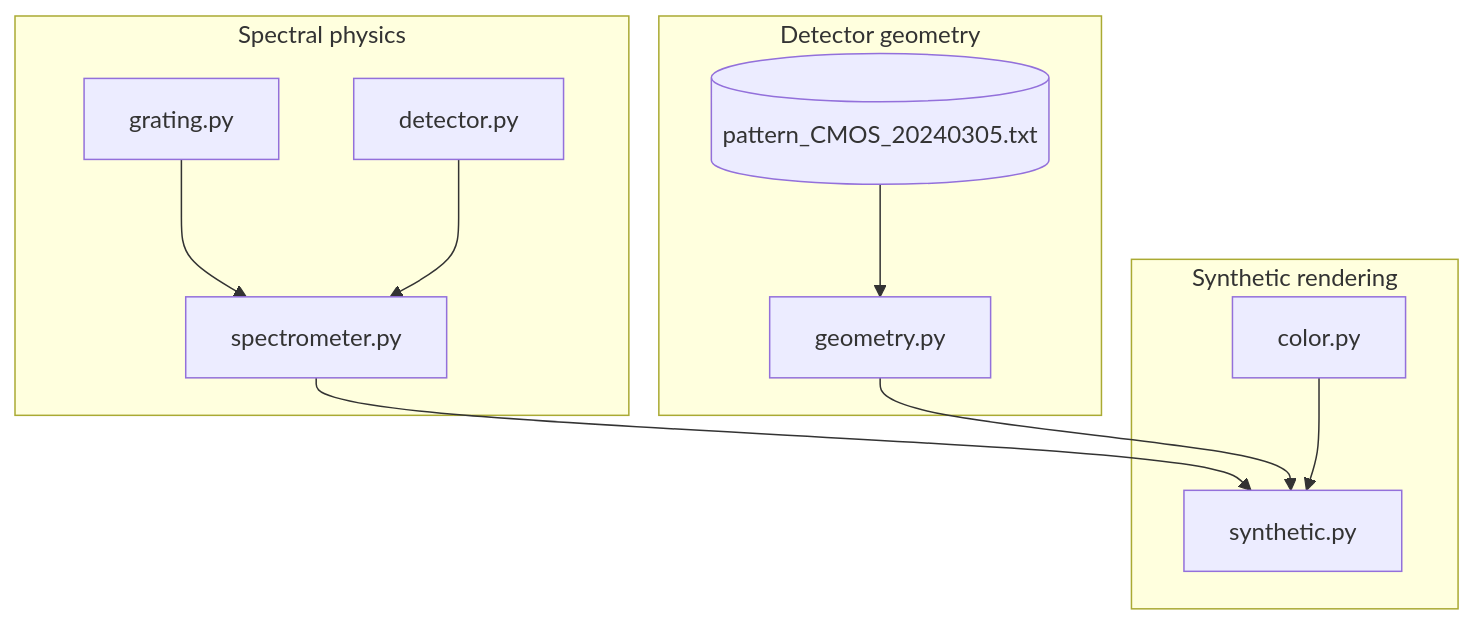
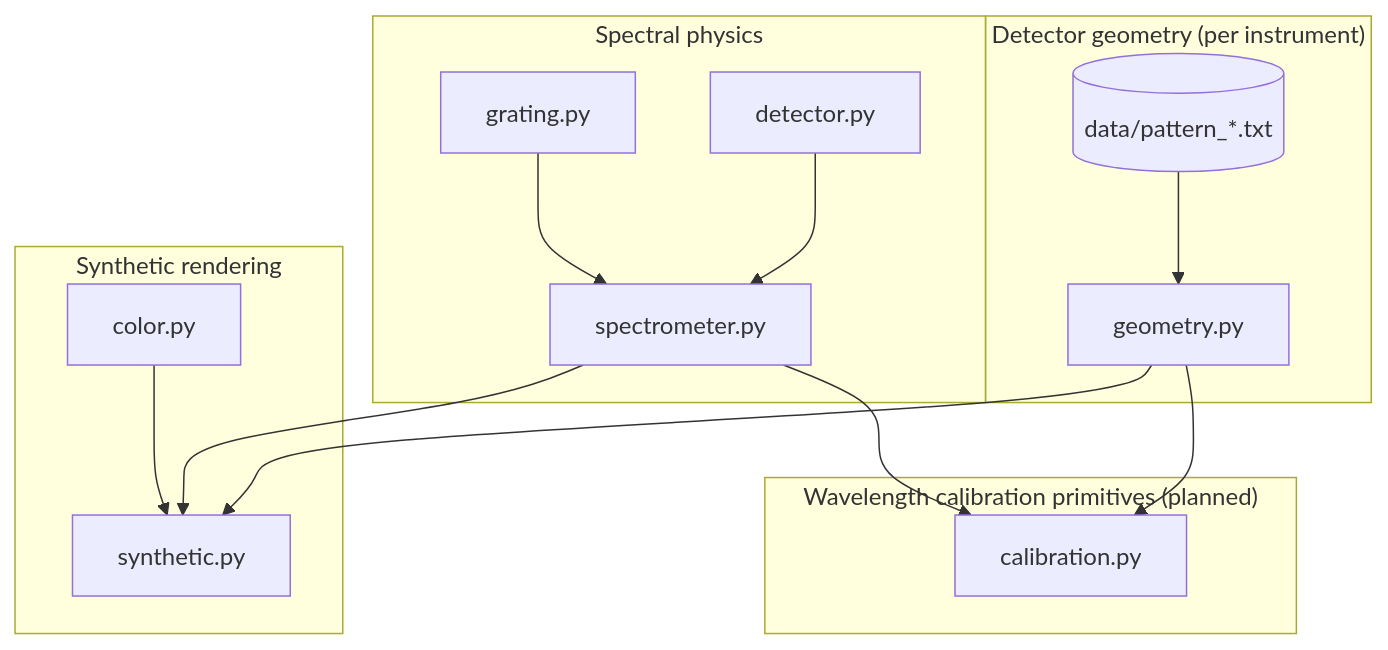
The diagram in docs/guide/architecture.md (queezz/echelle-optics), drawn with Mermaid before and after one commit. The commit also changed other lines of this file and 5 other files, not shown here.

````diff
--- a/docs/guide/architecture.md
+++ b/docs/guide/architecture.md
@@ -27,23 +27,28 @@
 ```mermaid
 flowchart TB
     subgraph physics["Spectral physics"]
         G[grating.py]
         D[detector.py]
         S[spectrometer.py]
     end
-    subgraph geometry_layer["Detector geometry"]
+    subgraph geometry_layer["Detector geometry (per instrument)"]
         GEO[geometry.py]
-        PAT[(pattern_CMOS_20240305.txt)]
+        PAT[(data/pattern_*.txt)]
+    end
+    subgraph cal["Wavelength calibration primitives (planned)"]
+        WS[calibration.py]
     end
     subgraph render["Synthetic rendering"]
         COL[color.py]
         SYN[synthetic.py]
     end
 
     G --> S
     D --> S
     S --> SYN
+    S --> WS
     GEO --> SYN
+    GEO --> WS
     PAT --> GEO
     COL --> SYN
 ```
````
